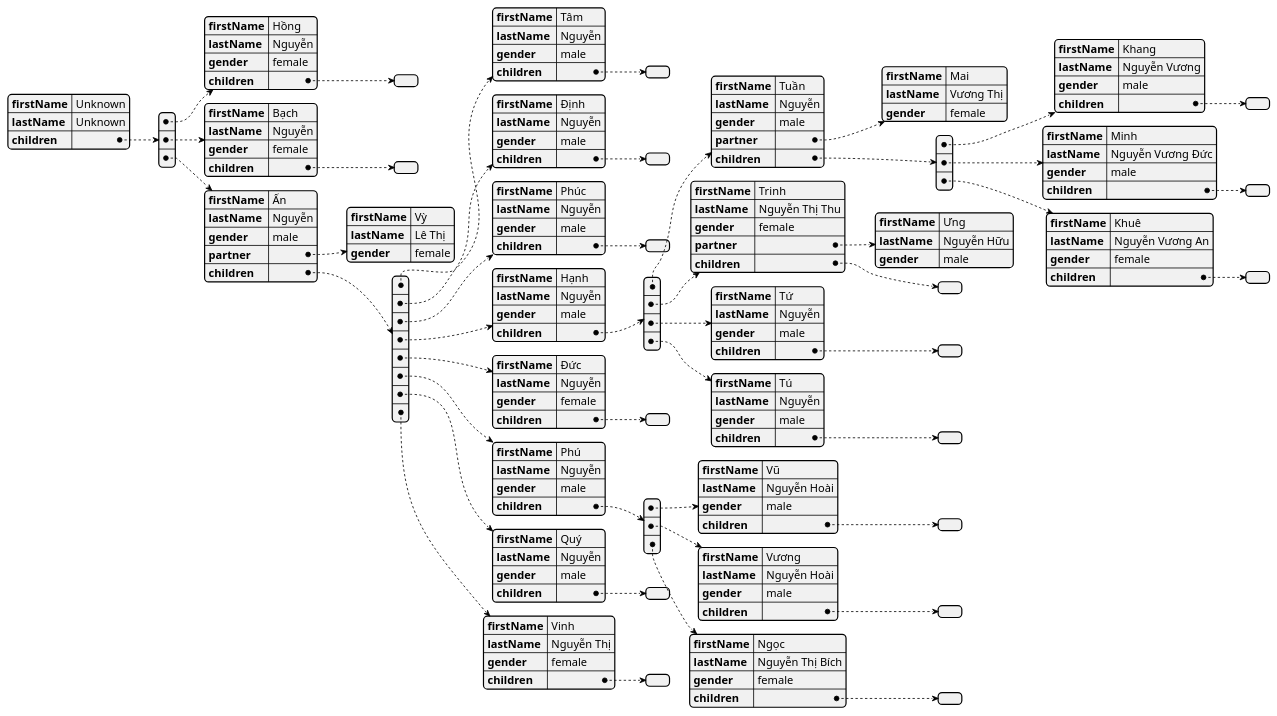
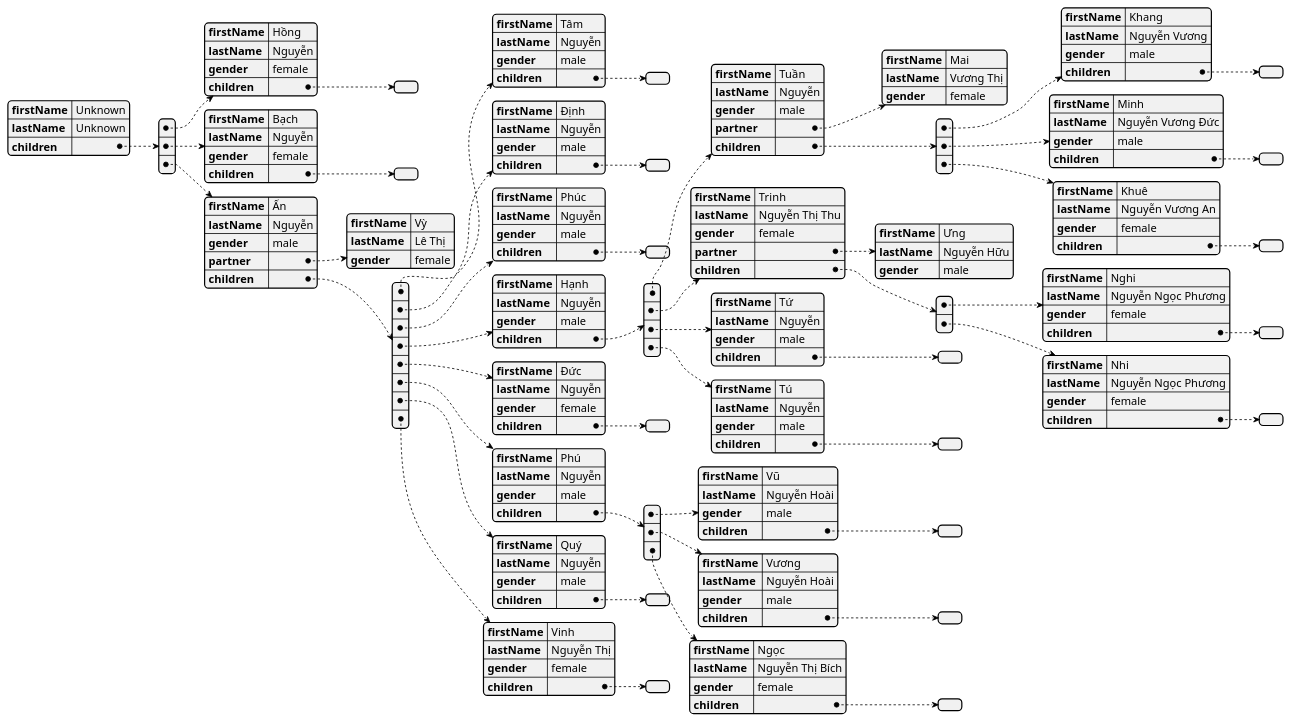
The diagram in data.iuml (nguyen-gen/gen-book), drawn with PlantUML before and after one commit.

```diff
--- a/data.iuml
+++ b/data.iuml
@@ -1,153 +1,166 @@
 @startjson
 {
   "firstName": "Unknown",
   "lastName": "Unknown",
   "children": [
     {
       "firstName": "Hồng",
       "lastName": "Nguyễn",
       "gender": "female",
       "children": []
     },
     {
       "firstName": "Bạch",
       "lastName": "Nguyễn",
       "gender": "female",
       "children": []
     },
     {
       "firstName": "Ấn",
       "lastName": "Nguyễn",
       "gender": "male",
       "partner": {
         "firstName": "Vỳ",
         "lastName": "Lê Thị",
         "gender": "female"
       },
       "children": [
         {
           "firstName": "Tâm",
           "lastName": "Nguyễn",
           "gender": "male",
           "children": []
         },
         {
           "firstName": "Định",
           "lastName": "Nguyễn",
           "gender": "male",
           "children": []
         },
         {
           "firstName": "Phúc",
           "lastName": "Nguyễn",
           "gender": "male",
           "children": []
         },
         {
           "firstName": "Hạnh",
           "lastName": "Nguyễn",
           "gender": "male",
           "children": [
             {
               "firstName": "Tuần",
               "lastName": "Nguyễn",
               "gender": "male",
               "partner": {
                 "firstName": "Mai",
                 "lastName": "Vương Thị",
                 "gender": "female"
               },
               "children": [
                 {
                   "firstName": "Khang",
                   "lastName": "Nguyễn Vương",
                   "gender": "male",
                   "children": []
                 },
                 {
                   "firstName": "Minh",
                   "lastName": "Nguyễn Vương Đức",
                   "gender": "male",
                   "children": []
                 },
                 {
                   "firstName": "Khuê",
                   "lastName": "Nguyễn Vương An",
                   "gender": "female",
                   "children": []
                 }
               ]
             },
             {
               "firstName": "Trinh",
               "lastName": "Nguyễn Thị Thu",
               "gender": "female",
               "partner": {
                 "firstName": "Ưng",
                 "lastName": "Nguyễn Hữu",
                 "gender": "male"
               },
-              "children": []
+              "children": [
+                {
+                  "firstName": "Nghi",
+                  "lastName": "Nguyễn Ngọc Phương",
+                  "gender": "female",
+                  "children": []
+                },
+                {
+                  "firstName": "Nhi",
+                  "lastName": "Nguyễn Ngọc Phương",
+                  "gender": "female",
+                  "children": []
+                }
+              ]
             },
             {
               "firstName": "Tứ",
               "lastName": "Nguyễn",
               "gender": "male",
               "children": []
             },
             {
               "firstName": "Tú",
               "lastName": "Nguyễn",
               "gender": "male",
               "children": []
             }
           ]
         },
         {
           "firstName": "Đức",
           "lastName": "Nguyễn",
           "gender": "female",
           "children": []
         },
         {
           "firstName": "Phú",
           "lastName": "Nguyễn",
           "gender": "male",
           "children": [
             {
               "firstName": "Vũ",
               "lastName": "Nguyễn Hoài",
               "gender": "male",
               "children": []
             },
             {
               "firstName": "Vương",
               "lastName": "Nguyễn Hoài",
               "gender": "male",
               "children": []
             },
             {
               "firstName": "Ngọc",
               "lastName": "Nguyễn Thị Bích",
               "gender": "female",
               "children": []
             }
           ]
         },
         {
           "firstName": "Quý",
           "lastName": "Nguyễn",
           "gender": "male",
           "children": []
         },
         {
           "firstName": "Vinh",
           "lastName": "Nguyễn Thị",
           "gender": "female",
           "children": []
         }
       ]
     }
   ]
 }
 @endjson
```
